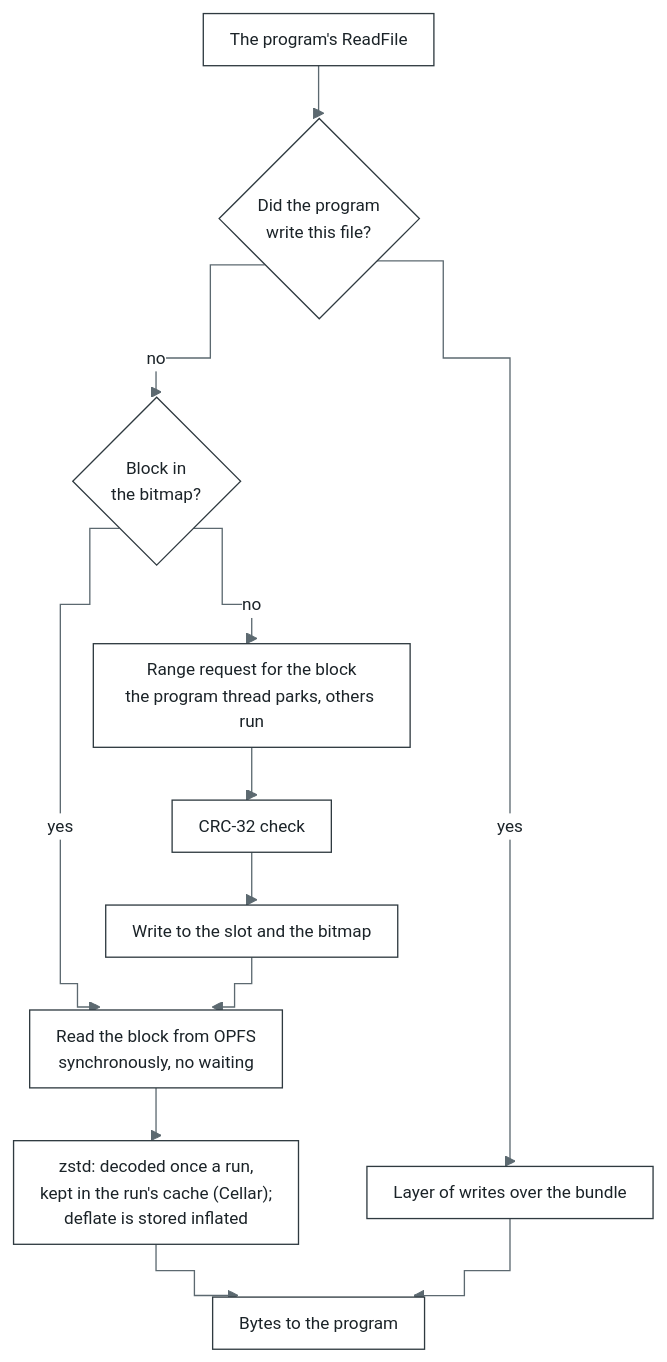
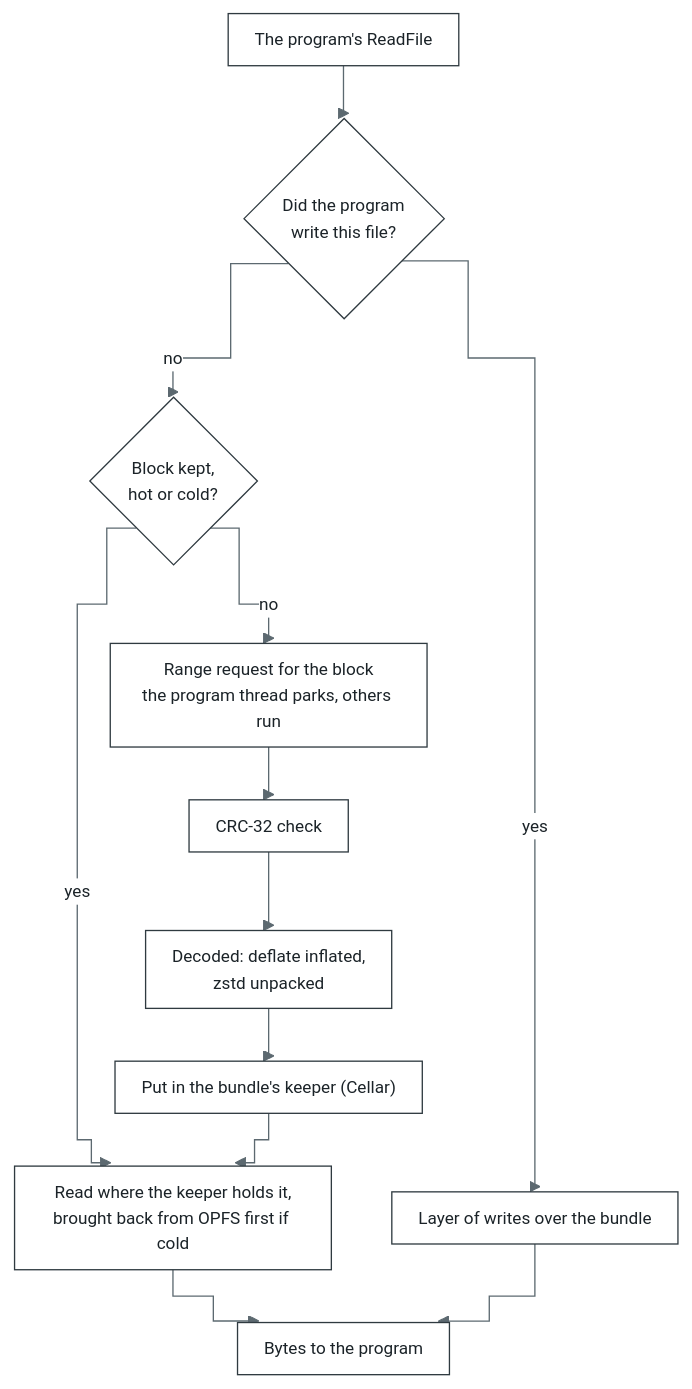
One commit to bottlify/bottlify changed the diagram in docs/architecture/storage.md. Above: the diagram before and after it, drawn with Mermaid. The commit also changed other lines of this file and 21 other files, not shown here.

````diff
--- a/docs/architecture/storage.md
+++ b/docs/architecture/storage.md
@@ -19,15 +19,15 @@
 ```mermaid
 %%{init: {"theme": "base", "flowchart": {"curve": "step", "nodeSpacing": 30, "rankSpacing": 40, "padding": 10}, "themeVariables": {"fontFamily": "Inter, Segoe UI, Helvetica, Arial, sans-serif", "fontSize": "13px", "primaryColor": "#FFFFFF", "primaryBorderColor": "#2F3A40", "primaryTextColor": "#1B2328", "lineColor": "#5C6970", "clusterBkg": "#F3F5F6", "clusterBorder": "#9AA6AC", "edgeLabelBackground": "#FFFFFF"}}}%%
 flowchart TD
   RD["The program's ReadFile"] --> W{"Did the program<br/>write this file?"}
   W -->|"yes"| OV["Layer of writes over the bundle"]
-  W -->|"no"| BIT{"Block in<br/>the bitmap?"}
-  BIT -->|"yes"| SL["Read the block from OPFS<br/>synchronously, no waiting"]
+  W -->|"no"| BIT{"Block kept,<br/>hot or cold?"}
+  BIT -->|"yes"| SL["Read where the keeper holds it,<br/>brought back from OPFS first if cold"]
   BIT -->|"no"| F["Range request for the block<br/>the program thread parks, others run"]
   F --> CRC["CRC-32 check"]
-  CRC --> PUT["Write to the slot and the bitmap"]
+  CRC --> DEC["Decoded: deflate inflated,<br/>zstd unpacked"]
+  DEC --> PUT["Put in the bundle's keeper (Cellar)"]
   PUT --> SL
-  SL --> DEC["zstd: decoded once a run,<br/>kept in the run's cache (Cellar);<br/>deflate is stored inflated"]
-  DEC --> OUT["Bytes to the program"]
+  SL --> OUT["Bytes to the program"]
   OV --> OUT
 ```
````
